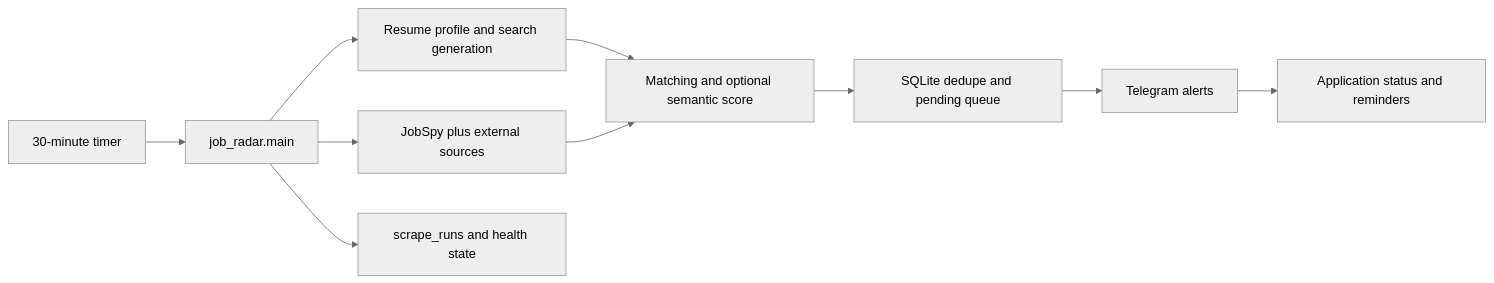
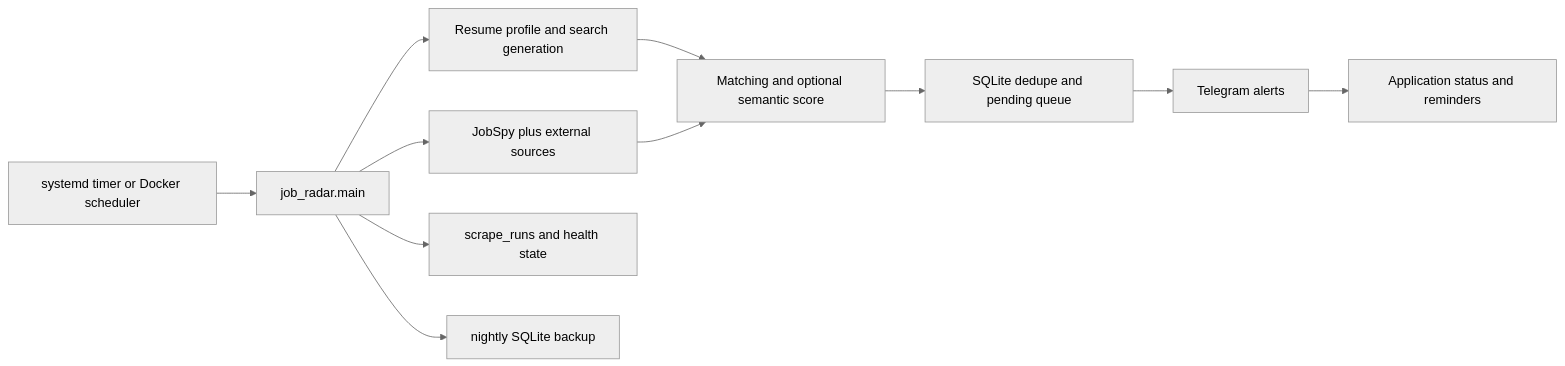
The diagram in PROJECT.md (linkmeAman/JobRadar), drawn with Mermaid (neutral theme) before and after one commit. The commit also changed other lines of this file and 10 other files, not shown here.

Commit message:
Add Docker deployment for scheduler and UI

````diff
--- a/PROJECT.md
+++ b/PROJECT.md
@@ -24,12 +25,13 @@
 ```mermaid
 flowchart LR
-    timer[30-minute timer] --> main[job_radar.main]
+    timer[systemd timer or Docker scheduler] --> main[job_radar.main]
     main --> resume[Resume profile and search generation]
     main --> sources[JobSpy plus external sources]
     resume --> match[Matching and optional semantic score]
     sources --> match
     match --> db[SQLite dedupe and pending queue]
     db --> telegram[Telegram alerts]
     telegram --> apps[Application status and reminders]
     main --> history[scrape_runs and health state]
+    main --> backup[nightly SQLite backup]
 ```
````
